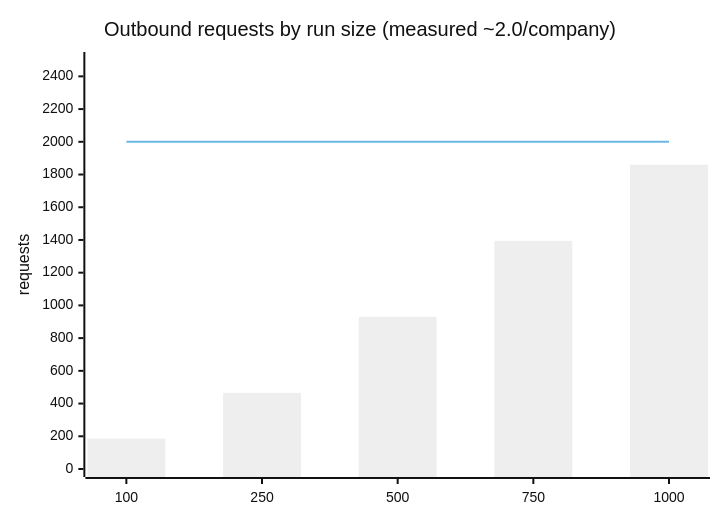
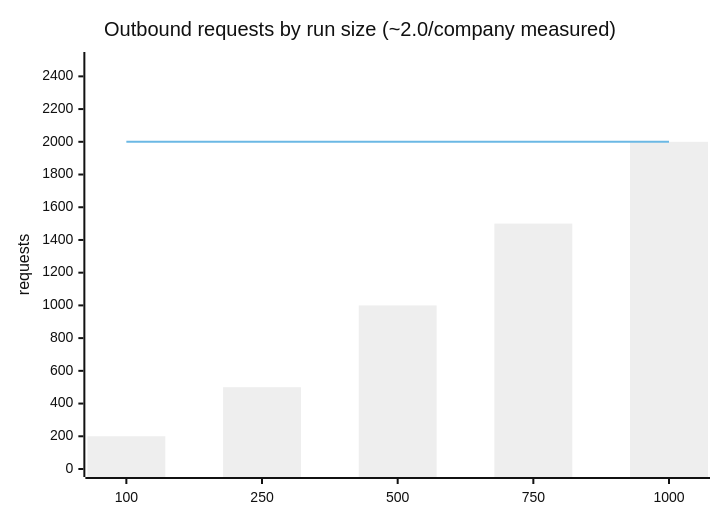
Before and after one commit to officialarghya29/kildespor: the fourth of 4 diagrams in README.md, drawn with Mermaid (neutral theme). The commit also changed other lines of this file and 1022 other files, not shown here.

````diff
--- a/README.md
+++ b/README.md
@@ -247,8 +228,8 @@
 ```mermaid
 xychart-beta
-    title "Outbound requests by run size (measured ~2.0/company)"
+    title "Outbound requests by run size (~2.0/company measured)"
     x-axis ["100", "250", "500", "750", "1000"]
     y-axis "requests" 0 --> 2500
-    bar [186, 465, 930, 1395, 1860]
+    bar [200, 500, 1000, 1500, 2000]
     line [2000, 2000, 2000, 2000, 2000]
 ```
````
